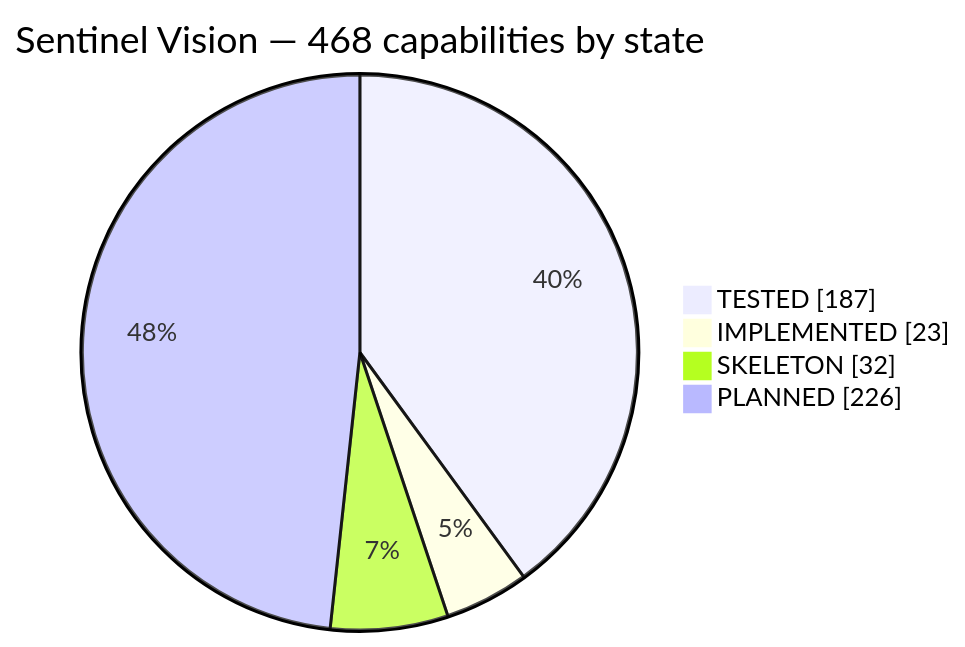
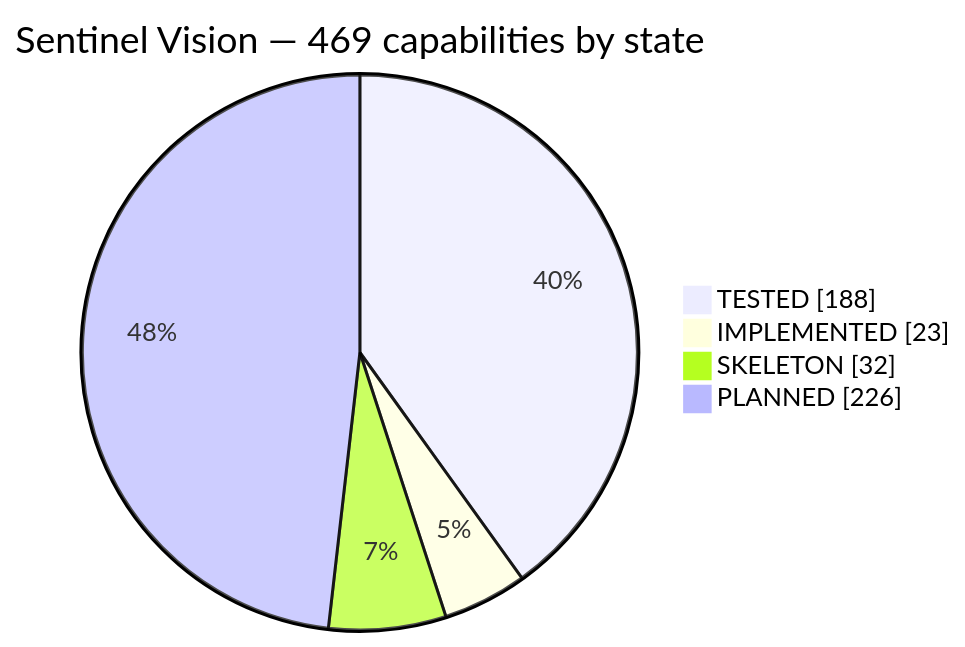
One commit to haidar-farhat/V.I.G.I.L._Vision_Intelligence_and_Geospatial_ncident_Layer changed the first of 3 diagrams in FEATURES.md. Above: the diagram before and after it, drawn with Mermaid. The commit also changed other lines of this file and 18 other files, not shown here.

````diff
--- a/FEATURES.md
+++ b/FEATURES.md
@@ -46,8 +46,8 @@
 ```mermaid
 pie showData
-    title Sentinel Vision — 468 capabilities by state
-    "TESTED" : 187
+    title Sentinel Vision — 469 capabilities by state
+    "TESTED" : 188
     "IMPLEMENTED" : 23
     "SKELETON" : 32
     "PLANNED" : 226
 ```
````
